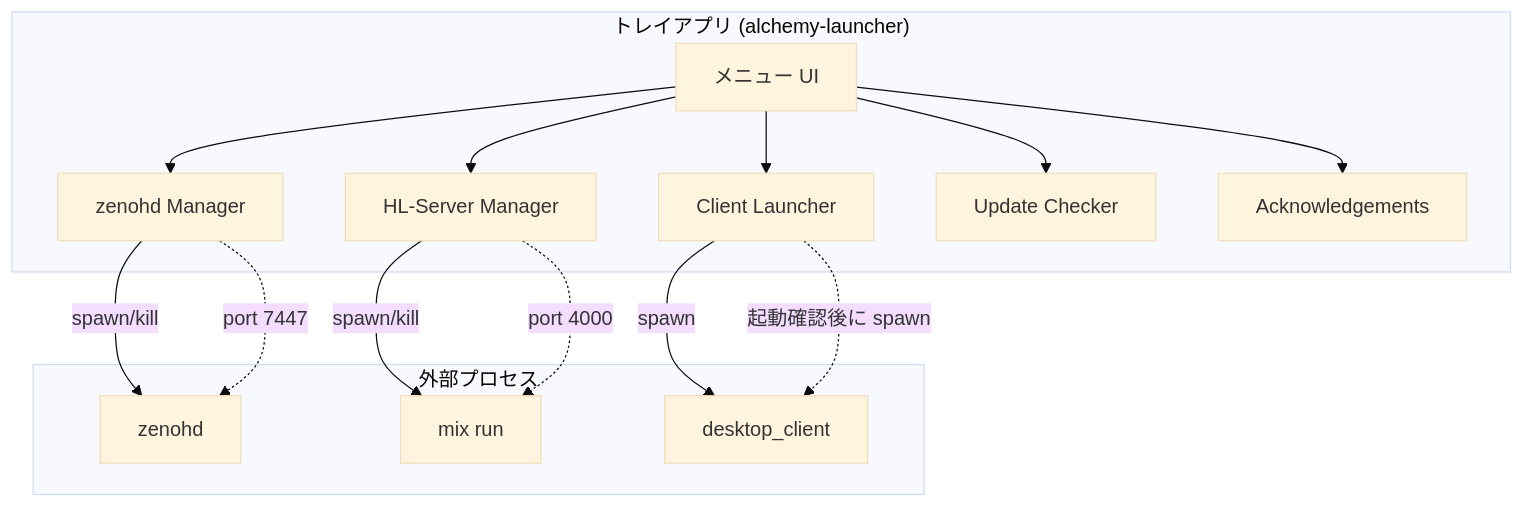
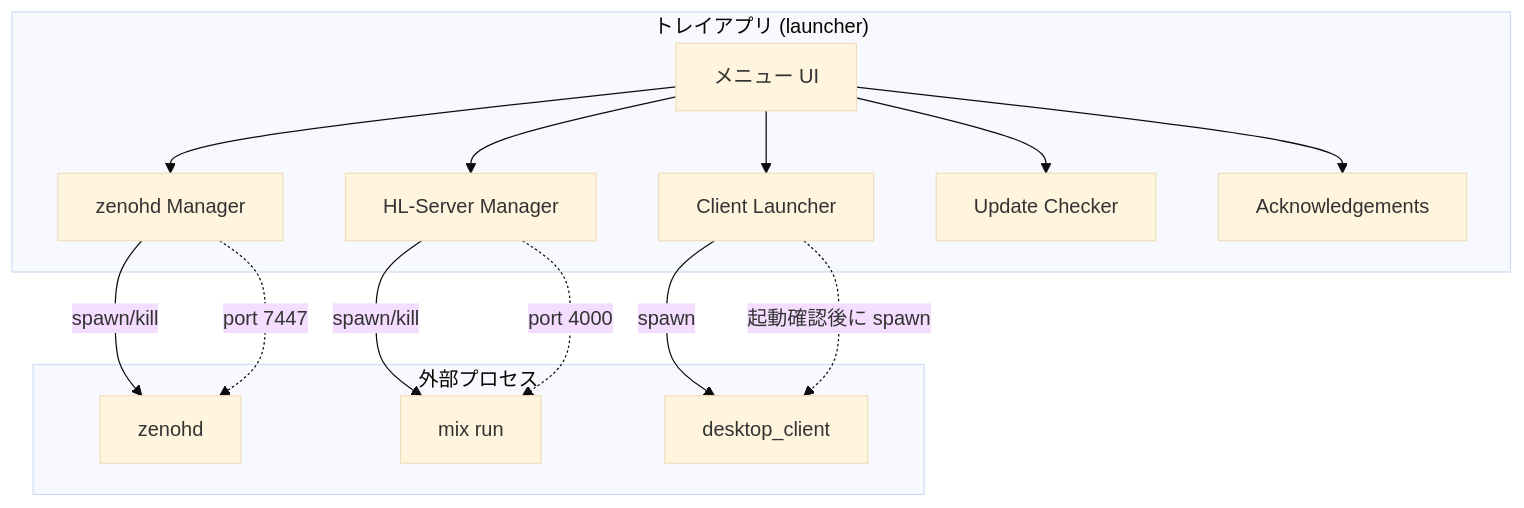
One commit to FRICK-ELDY/alchemy-engine changed the first of 8 diagrams in docs/plan/launcher-design.md. Above: the diagram before and after it, drawn with Mermaid (base theme). The commit also changed other lines of this file and 1 other file, not shown here.

Commit message:
fix launcher md

````diff
--- a/docs/plan/launcher-design.md
+++ b/docs/plan/launcher-design.md
@@ -86,31 +109,31 @@
 ```mermaid
 flowchart TB
-    subgraph Tray["トレイアプリ (alchemy-launcher)"]
+    subgraph Tray["トレイアプリ (launcher)"]
         UI[メニュー UI]
         ZenohdMgr[zenohd Manager]
         HLSvrMgr[HL-Server Manager]
         ClientMgr[Client Launcher]
         Update[Update Checker]
         Ack[Acknowledgements]
     end
     
     subgraph Ext["外部プロセス"]
         Zenohd[zenohd]
         MixRun[mix run]
         Client[desktop_client]
     end
     
     UI --> ZenohdMgr
     UI --> HLSvrMgr
     UI --> ClientMgr
     UI --> Update
     UI --> Ack
     
     ZenohdMgr -->|spawn/kill| Zenohd
     HLSvrMgr -->|spawn/kill| MixRun
     ClientMgr -->|spawn| Client
     
     ZenohdMgr -.->|port 7447| Zenohd
     HLSvrMgr -.->|port 4000| MixRun
     ClientMgr -.->|起動確認後に spawn| Client
 ```
````
